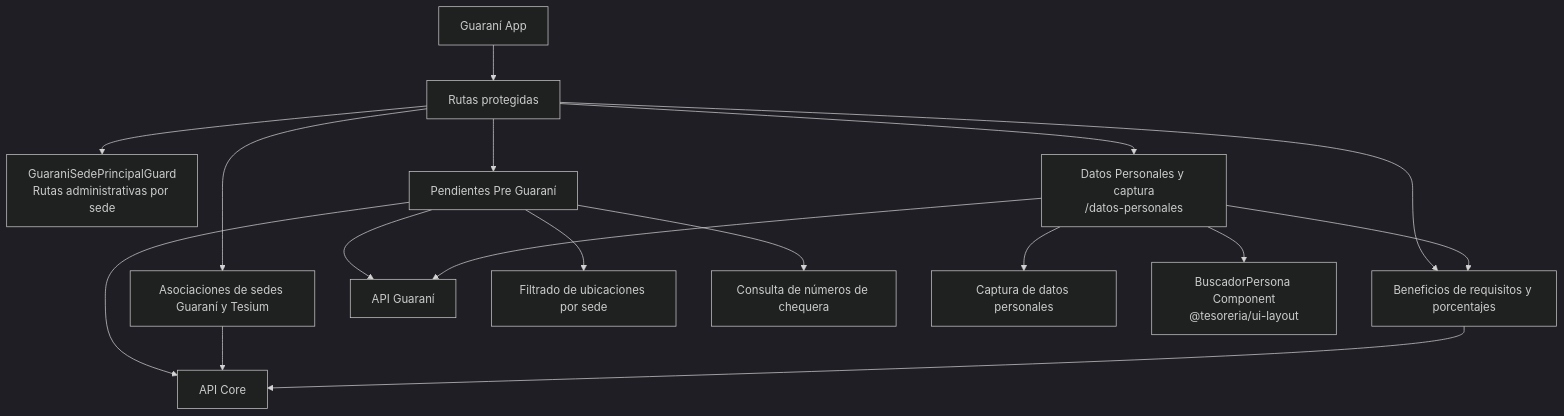
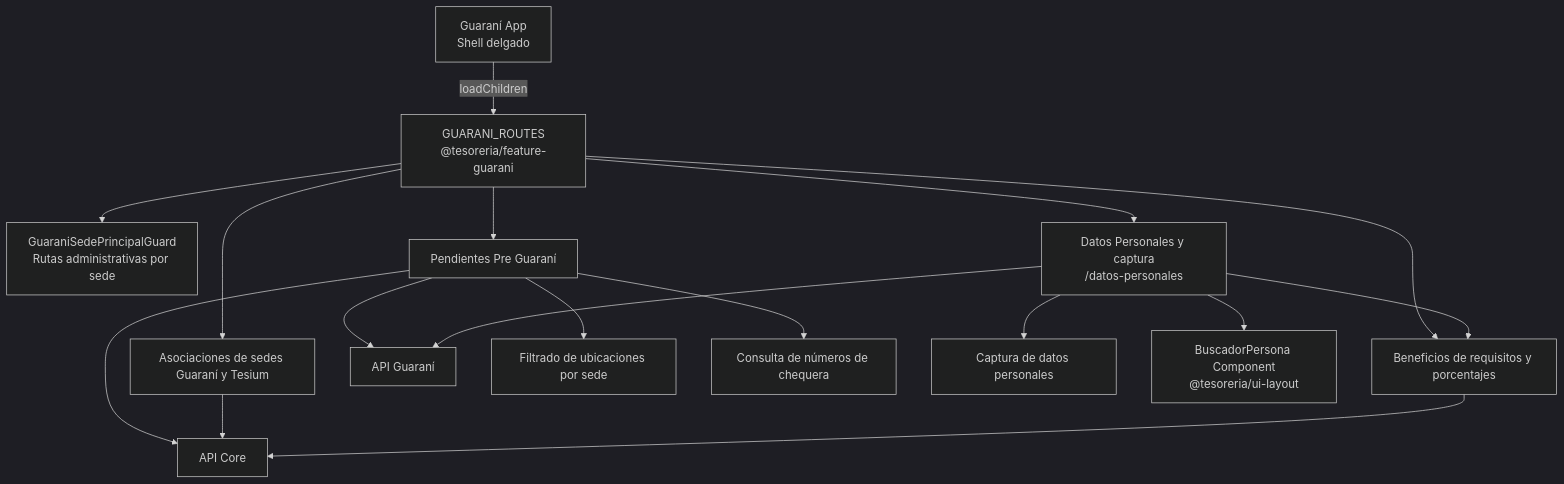
Before and after one commit to UM-services/UM.tesoreria.frontend-client: the seventh of 8 diagrams in docs/architecture.md, drawn with Mermaid (dark theme). The commit also changed other lines of this file and 3 other files, not shown here.

````diff
--- a/docs/architecture.md
+++ b/docs/architecture.md
@@ -218,20 +226,20 @@
 ```mermaid
 flowchart TD
-    GuaraniApp["Guaraní App"] --> AppRoutes["Rutas protegidas"]
-    AppRoutes --> SedeGuard["GuaraniSedePrincipalGuard<br/>Rutas administrativas por sede"]
-    AppRoutes --> Pendientes["Pendientes Pre Guaraní"]
-    AppRoutes --> Ubicaciones["Asociaciones de sedes Guaraní y Tesium"]
-    AppRoutes --> Beneficios["Beneficios de requisitos y porcentajes"]
-    AppRoutes --> Datos["Datos Personales y captura<br/>/datos-personales"]
+    GuaraniApp["Guaraní App<br/>Shell delgado"] -->|"loadChildren"| LibRoutes["GUARANI_ROUTES<br/>@tesoreria/feature-guarani"]
+    LibRoutes --> SedeGuard["GuaraniSedePrincipalGuard<br/>Rutas administrativas por sede"]
+    LibRoutes --> Pendientes["Pendientes Pre Guaraní"]
+    LibRoutes --> Ubicaciones["Asociaciones de sedes Guaraní y Tesium"]
+    LibRoutes --> Beneficios["Beneficios de requisitos y porcentajes"]
+    LibRoutes --> Datos["Datos Personales y captura<br/>/datos-personales"]
 
     Pendientes --> GuaraniAPI["API Guaraní"]
     Pendientes --> SedeFilter["Filtrado de ubicaciones por sede"]
     Pendientes --> Chequeras["Consulta de números de chequera"]
     Pendientes --> CoreAPI
     Ubicaciones --> CoreAPI["API Core"]
     Beneficios --> CoreAPI
     Datos --> GuaraniAPI
     Datos --> Beneficios
     Datos --> Captura["Captura de datos personales"]
     Datos --> BuscadorPersona["BuscadorPersona Component<br/>@tesoreria/ui-layout"]
 ```
````
